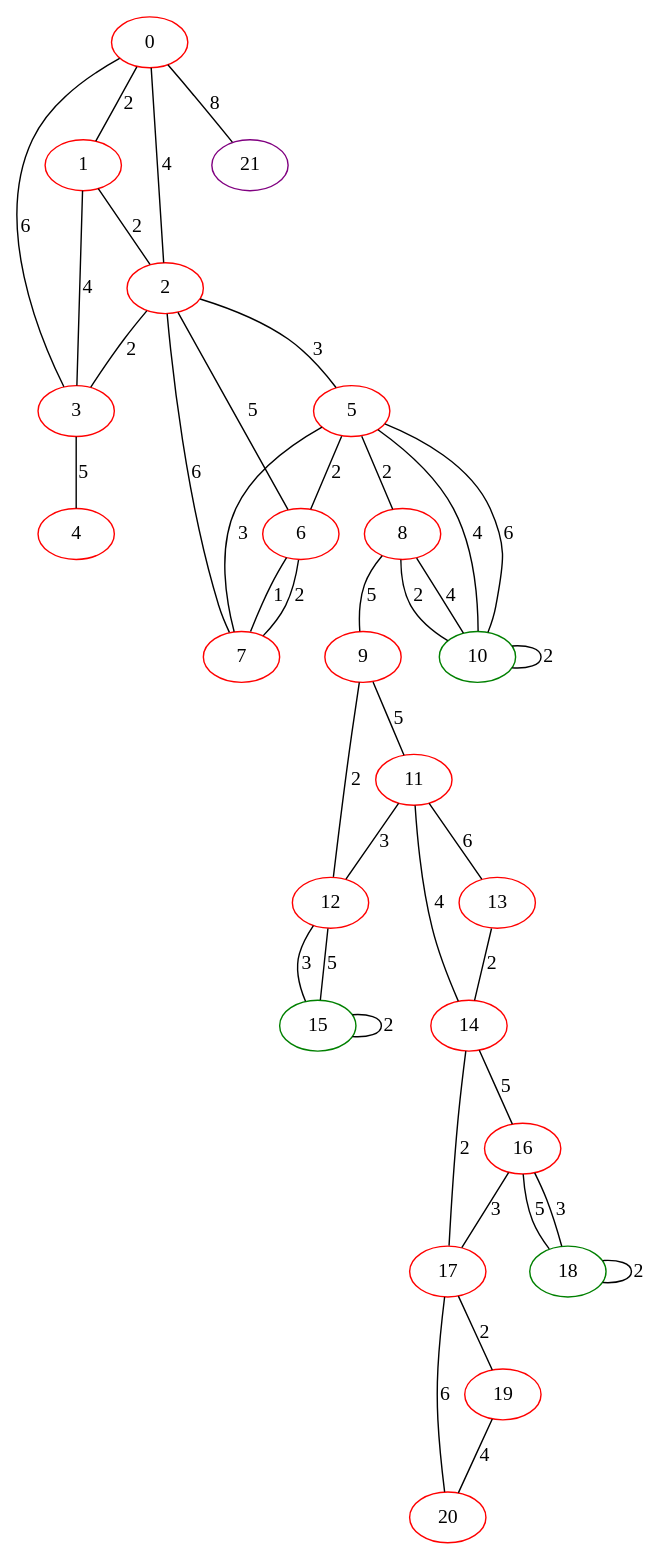
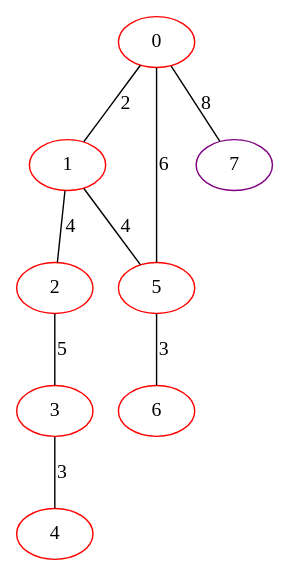
Before and after one commit to FelixMcFelix/sip-for-cv-paper: the diagram in graphviz/dual/hwrt/r-9/train/1009.gv, drawn with Graphviz. The commit also changed 22572 other files, not shown here.

Commit message:
Report changes, more graphs

```diff
--- a/graphviz/dual/hwrt/r-9/train/1009.gv
+++ b/graphviz/dual/hwrt/r-9/train/1009.gv
@@ -1,64 +1,18 @@
 graph "" {
 0 [color=red, weight=1];
 1 [color=red, weight=1];
 2 [color=red, weight=1];
 3 [color=red, weight=1];
 4 [color=red, weight=1];
 5 [color=red, weight=1];
 6 [color=red, weight=1];
-7 [color=red, weight=1];
-8 [color=red, weight=1];
-9 [color=red, weight=1];
-10 [color=green, weight=2];
-11 [color=red, weight=1];
-12 [color=red, weight=1];
-13 [color=red, weight=1];
-14 [color=red, weight=1];
-15 [color=green, weight=2];
-16 [color=red, weight=1];
-17 [color=red, weight=1];
-18 [color=green, weight=2];
-19 [color=red, weight=1];
-20 [color=red, weight=1];
-21 [color=purple, weight=4];
+7 [color=purple, weight=4];
 0 -- 1  [key=0, label=2];
-0 -- 2  [key=0, label=4];
-0 -- 3  [key=0, label=6];
-0 -- 21  [key=0, label=8];
-1 -- 2  [key=0, label=2];
-1 -- 3  [key=0, label=4];
-2 -- 3  [key=0, label=2];
-2 -- 5  [key=0, label=3];
-2 -- 6  [key=0, label=5];
-2 -- 7  [key=0, label=6];
-3 -- 4  [key=0, label=5];
-5 -- 8  [key=0, label=2];
-5 -- 10  [key=0, label=4];
-5 -- 10  [key=1, label=6];
-5 -- 6  [key=0, label=2];
-5 -- 7  [key=0, label=3];
-6 -- 7  [key=0, label=1];
-6 -- 7  [key=1, label=2];
-8 -- 9  [key=0, label=5];
-8 -- 10  [key=0, label=2];
-8 -- 10  [key=1, label=4];
-9 -- 11  [key=0, label=5];
-9 -- 12  [key=0, label=2];
-10 -- 10  [key=0, label=2];
-11 -- 12  [key=0, label=3];
-11 -- 13  [key=0, label=6];
-11 -- 14  [key=0, label=4];
-12 -- 15  [key=0, label=3];
-12 -- 15  [key=1, label=5];
-13 -- 14  [key=0, label=2];
-14 -- 16  [key=0, label=5];
-14 -- 17  [key=0, label=2];
-15 -- 15  [key=0, label=2];
-16 -- 17  [key=0, label=3];
-16 -- 18  [key=0, label=5];
-16 -- 18  [key=1, label=3];
-17 -- 19  [key=0, label=2];
-17 -- 20  [key=0, label=6];
-18 -- 18  [key=0, label=2];
-19 -- 20  [key=0, label=4];
+0 -- 5  [key=0, label=6];
+0 -- 7  [key=0, label=8];
+1 -- 2  [key=0, label=4];
+1 -- 5  [key=0, label=4];
+2 -- 3  [key=0, label=5];
+3 -- 4  [key=0, label=3];
+5 -- 6  [key=0, label=3];
 }
```
